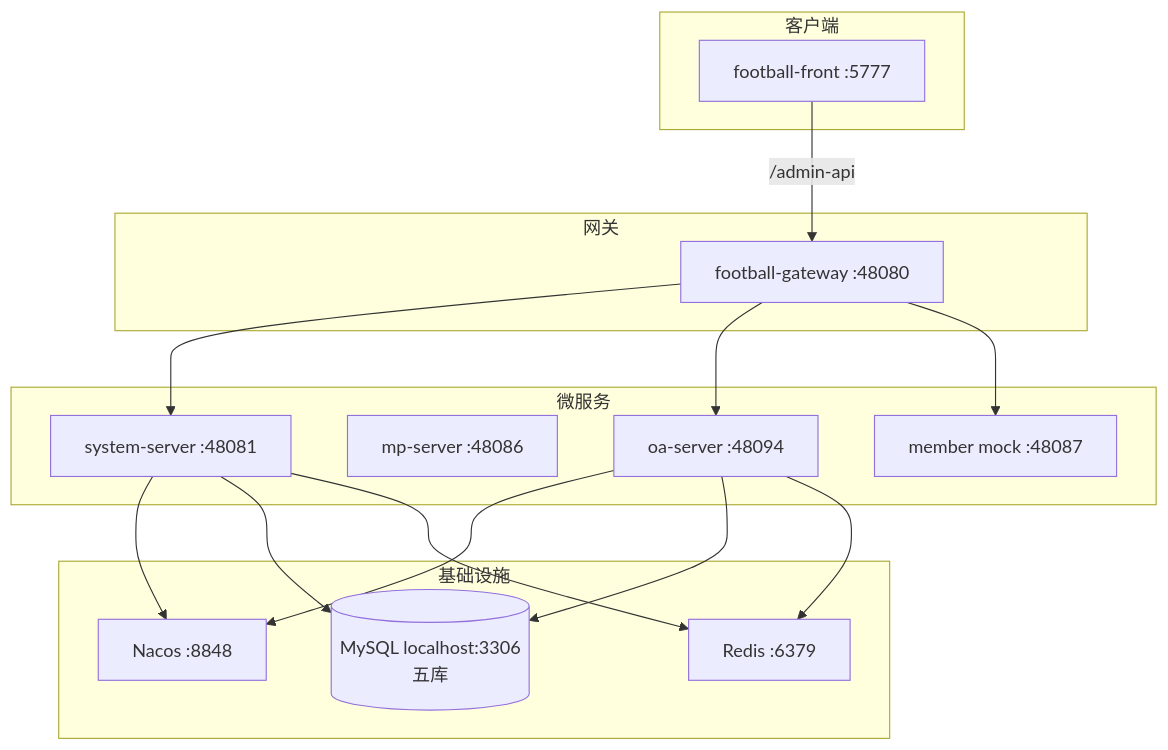
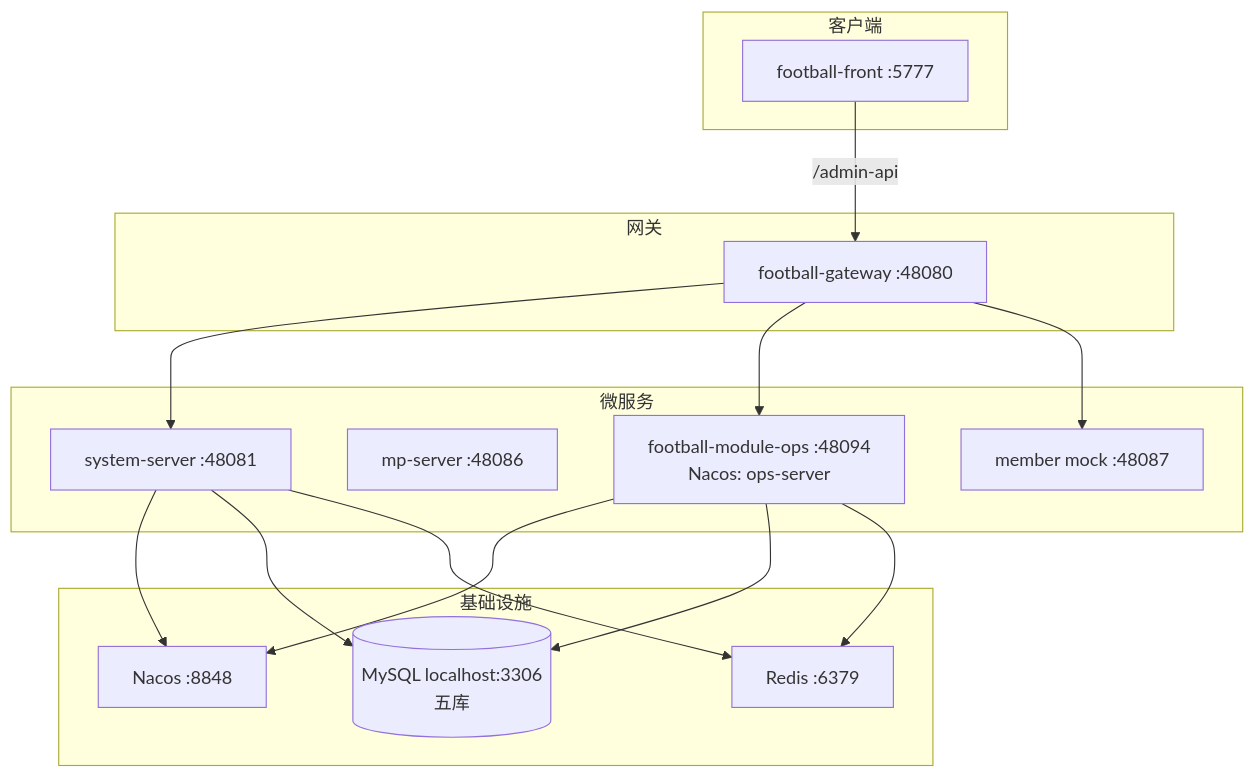
One commit to donnyskyWu/wd-ops changed the diagram in docs/delivery/OPS-DEV-DEPLOY-GUIDE.md. Above: the diagram before and after it, drawn with Mermaid. The commit also changed other lines of this file and 879 other files, not shown here.

````diff
--- a/docs/delivery/OPS-DEV-DEPLOY-GUIDE.md
+++ b/docs/delivery/OPS-DEV-DEPLOY-GUIDE.md
@@ -37,30 +37,30 @@
 ```mermaid
 flowchart TB
   subgraph client [客户端]
     FF[football-front :5777]
   end
   subgraph edge [网关]
     GW[football-gateway :48080]
   end
   subgraph infra [基础设施]
     NC[Nacos :8848]
     RD[Redis :6379]
     MY[(MySQL localhost:3306<br/>五库)]
   end
   subgraph services [微服务]
     SYS[system-server :48081]
     MP[mp-server :48086]
     MEM[member mock :48087]
-    OA[oa-server :48094]
+    OPS[football-module-ops :48094<br/>Nacos: ops-server]
   end
   FF -->|/admin-api| GW
   GW --> SYS
-  GW --> OA
+  GW --> OPS
   GW --> MEM
   SYS --> NC
-  OA --> NC
-  OA --> MY
+  OPS --> NC
+  OPS --> MY
   SYS --> MY
   SYS --> RD
-  OA --> RD
+  OPS --> RD
 ```
````
